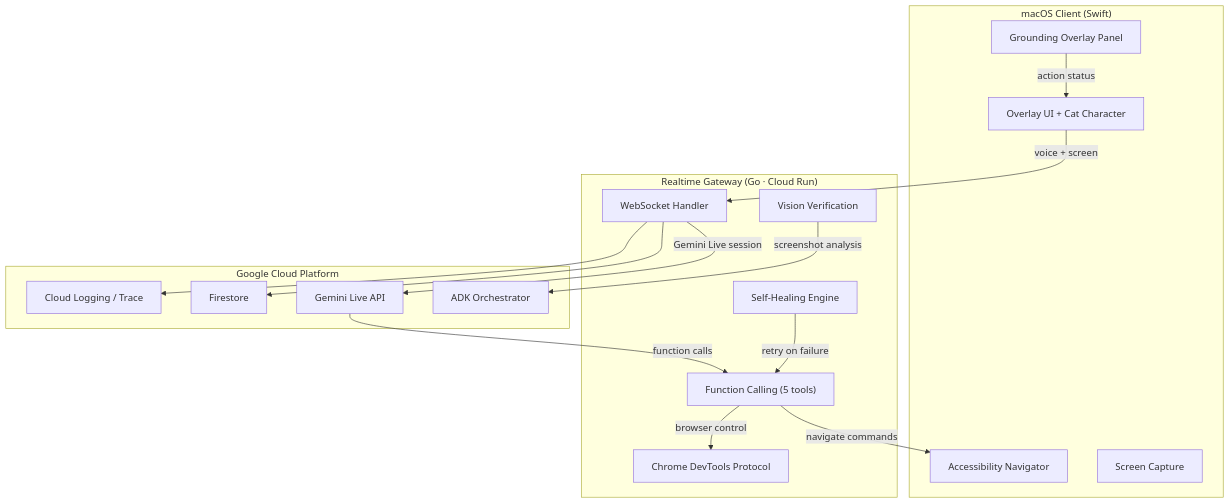
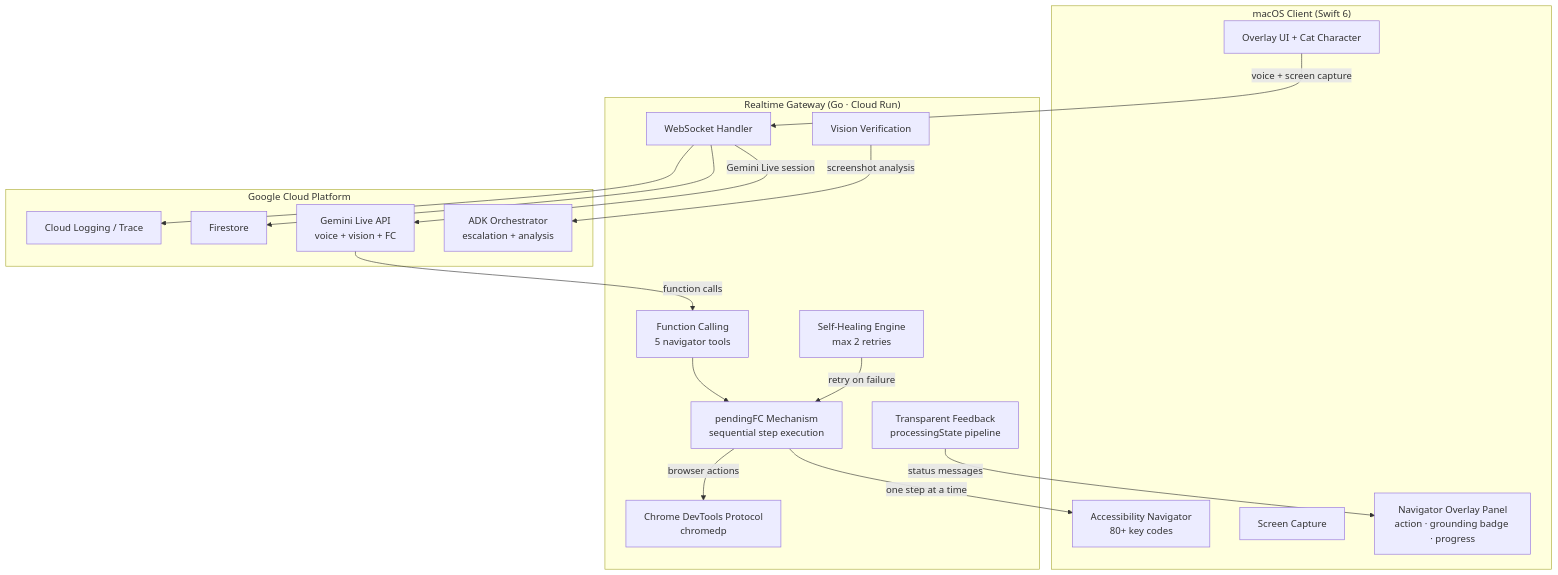
Before and after one commit to Two-Weeks-Team/vibeCat: the diagram in README.md, drawn with Mermaid. The commit also changed other lines of this file, not shown here.

Commit message:
docs: update README architecture to match FINAL_ARCHITECTURE — add pendingFC, transparent feedback, execution contract, grounding sources, observability

````diff
--- a/README.md
+++ b/README.md
@@ -70,35 +70,38 @@
 ```mermaid
 flowchart TB
-    subgraph Client["macOS Client (Swift)"]
+    subgraph Client["macOS Client (Swift 6)"]
         UI["Overlay UI + Cat Character"]
-        AX["Accessibility Navigator"]
+        AX["Accessibility Navigator<br/>80+ key codes"]
         SC["Screen Capture"]
-        OV["Grounding Overlay Panel"]
+        OV["Navigator Overlay Panel<br/>action · grounding badge · progress"]
     end
 
     subgraph Gateway["Realtime Gateway (Go · Cloud Run)"]
         WS["WebSocket Handler"]
-        FC["Function Calling (5 tools)"]
-        SH["Self-Healing Engine"]
+        FC["Function Calling<br/>5 navigator tools"]
+        PFC["pendingFC Mechanism<br/>sequential step execution"]
+        SH["Self-Healing Engine<br/>max 2 retries"]
         VV["Vision Verification"]
-        CDP["Chrome DevTools Protocol"]
+        CDP["Chrome DevTools Protocol<br/>chromedp"]
+        TF["Transparent Feedback<br/>processingState pipeline"]
     end
 
     subgraph GCP["Google Cloud Platform"]
-        GM["Gemini Live API"]
-        ADK["ADK Orchestrator"]
+        GM["Gemini Live API<br/>voice + vision + FC"]
+        ADK["ADK Orchestrator<br/>escalation + analysis"]
         FS["Firestore"]
         CL["Cloud Logging / Trace"]
     end
 
-    UI -->|voice + screen| WS
+    UI -->|voice + screen capture| WS
     WS -->|Gemini Live session| GM
     GM -->|function calls| FC
-    FC -->|navigate commands| AX
-    FC -->|browser control| CDP
-    SH -->|retry on failure| FC
+    FC --> PFC
+    PFC -->|one step at a time| AX
+    PFC -->|browser actions| CDP
+    SH -->|retry on failure| PFC
     VV -->|screenshot analysis| ADK
+    TF -->|status messages| OV
     WS --> FS
     WS --> CL
-    OV -->|action status| UI
 ```
````
